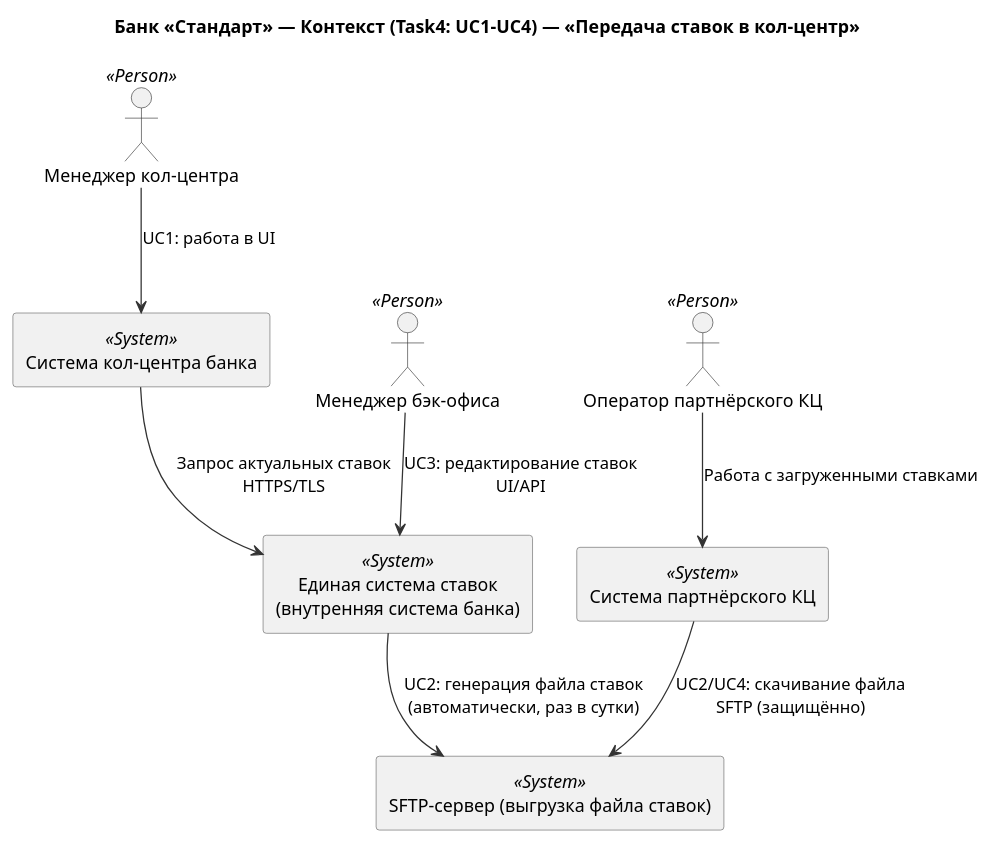
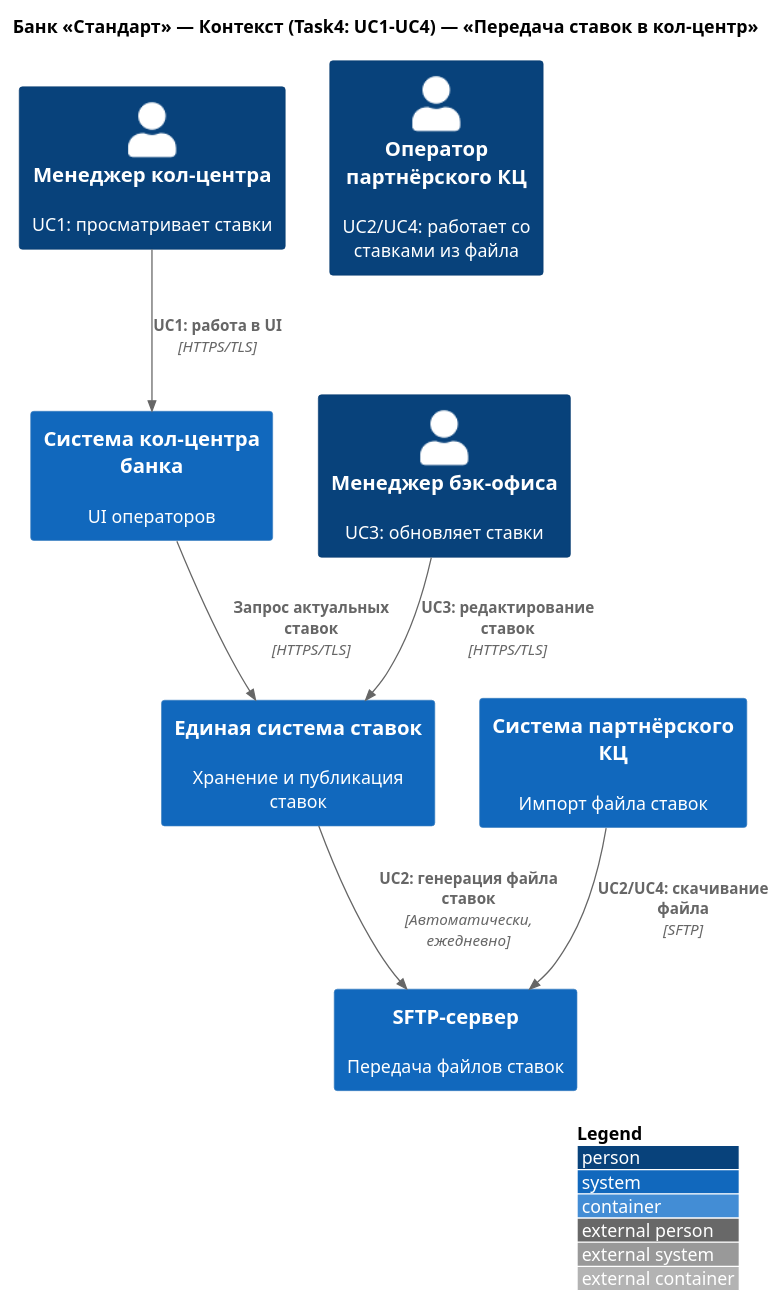
Before and after one commit to SergeiLisovoi22/architecture-standart: the diagram in docs/bank/C4-Context-Task4.md, drawn with PlantUML. The commit also changed other lines of this file and 4 other files, not shown here.

Commit message:
диаграммы task4 с картинками

````diff
--- a/docs/bank/C4-Context-Task4.md
+++ b/docs/bank/C4-Context-Task4.md
@@ -1,38 +3,27 @@
+```plantuml
 @startuml
-' ==== Минимальные стили/элементы (встроены) ====
-skinparam defaultTextAlignment center
-skinparam packageStyle rectangle
-skinparam shadowing false
-skinparam ArrowColor #333333
-skinparam NodeBorderColor #666666
-skinparam RectangleBorderColor #666666
-skinparam ActorBorderColor #333333
-skinparam DatabaseBorderColor #666666
-skinparam ArrowThickness 1
-
-' Элементы (без внешних puml)
-' Персоны/системы
-actor   CCAgent      as "Менеджер кол-центра" <<Person>>
-actor   PartnerAgent as "Оператор партнёрского КЦ" <<Person>>
-actor   BackOffice   as "Менеджер бэк-офиса" <<Person>>
-
-rectangle RatesSystem  as "Единая система ставок\n(внутренняя система банка)" <<System>>
-rectangle CallCenter   as "Система кол-центра банка" <<System>>
-rectangle PartnerCC    as "Система партнёрского КЦ" <<System>>
-rectangle SFTP         as "SFTP-сервер (выгрузка файла ставок)" <<System>>
+!includeurl https://raw.githubusercontent.com/plantuml-stdlib/C4-PlantUML/master/C4_Context.puml
+!includeurl https://raw.githubusercontent.com/plantuml-stdlib/C4-PlantUML/master/C4_Container.puml
+LAYOUT_WITH_LEGEND()
 
 title Банк «Стандарт» — Контекст (Task4: UC1–UC4) — «Передача ставок в кол-центр»
 
-' UC1: просмотр актуальных ставок (онлайн для КЦ банка)
-CCAgent --> CallCenter : UC1: работа в UI
-CallCenter --> RatesSystem : Запрос актуальных ставок\nHTTPS/TLS
+Person(CCAgent, "Менеджер кол-центра", "UC1: просматривает ставки")
+Person(PartnerAgent, "Оператор партнёрского КЦ", "UC2/UC4: работает со ставками из файла")
+Person(BackOffice, "Менеджер бэк-офиса", "UC3: обновляет ставки")
 
-' UC3: обновление ставок бэк-офисом
-BackOffice --> RatesSystem : UC3: редактирование ставок\nUI/API
+System(RatesSystem, "Единая система ставок", "Хранение и публикация ставок")
+System(CallCenter, "Система кол-центра банка", "UI операторов")
+System(PartnerCC, "Система партнёрского КЦ", "Импорт файла ставок")
+System(SFTP, "SFTP-сервер", "Передача файлов ставок")
 
-' UC2/UC4: партнёрский КЦ получает файл по SFTP
-RatesSystem --> SFTP : UC2: генерация файла ставок\n(автоматически, раз в сутки)
-PartnerCC --> SFTP : UC2/UC4: скачивание файла\nSFTP (защищённо)
-PartnerAgent --> PartnerCC : Работа с загруженными ставками
+Rel(CCAgent, CallCenter, "UC1: работа в UI", "HTTPS/TLS")
+Rel(CallCenter, RatesSystem, "Запрос актуальных ставок", "HTTPS/TLS")
+
+Rel(BackOffice, RatesSystem, "UC3: редактирование ставок", "HTTPS/TLS")
+
+Rel(RatesSystem, SFTP, "UC2: генерация файла ставок", "Автоматически, ежедневно")
+Rel(PartnerCC, SFTP, "UC2/UC4: скачивание файла", "SFTP")
 
 @enduml
+```
````
